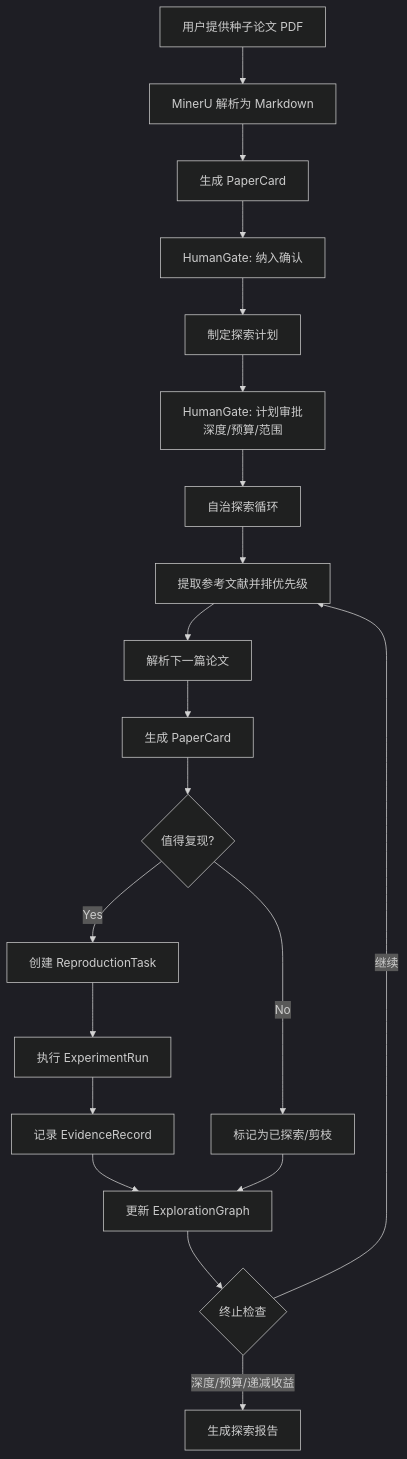
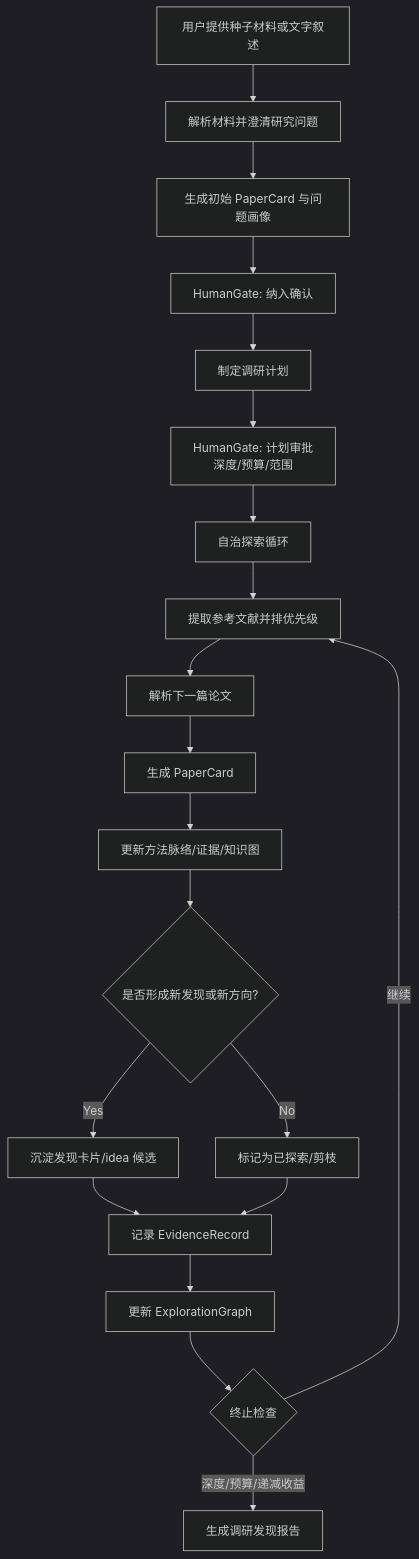
The first of 2 diagrams in docs/framework/v1-dual-mode-research-engine.md (Kozmosa/scholar-agent), drawn with Mermaid (dark theme) before and after one commit. The commit also changed other lines of this file and 22 other files, not shown here.

````diff
--- a/docs/framework/v1-dual-mode-research-engine.md
+++ b/docs/framework/v1-dual-mode-research-engine.md
@@ -83,22 +91,22 @@
 ```mermaid
 flowchart TD
-    A[用户提供种子论文 PDF] --> B[MinerU 解析为 Markdown]
-    B --> C[生成 PaperCard]
+    A[用户提供种子材料或文字叙述] --> B[解析材料并澄清研究问题]
+    B --> C[生成初始 PaperCard 与问题画像]
     C --> D[HumanGate: 纳入确认]
-    D --> E[制定探索计划]
+    D --> E[制定调研计划]
     E --> F[HumanGate: 计划审批<br/>深度/预算/范围]
     F --> G[自治探索循环]
     G --> G1[提取参考文献并排优先级]
     G1 --> G2[解析下一篇论文]
     G2 --> G3[生成 PaperCard]
-    G3 --> G4{值得复现?}
-    G4 -->|Yes| G5[创建 ReproductionTask]
-    G5 --> G6[执行 ExperimentRun]
-    G6 --> G7[记录 EvidenceRecord]
-    G4 -->|No| G8[标记为已探索/剪枝]
-    G7 --> G9[更新 ExplorationGraph]
-    G8 --> G9
+    G3 --> G4[更新方法脉络/证据/知识图]
+    G4 --> G5{是否形成新发现或新方向?}
+    G5 -->|Yes| G6[沉淀发现卡片/idea 候选]
+    G5 -->|No| G7[标记为已探索/剪枝]
+    G6 --> G8[记录 EvidenceRecord]
+    G7 --> G8
+    G8 --> G9[更新 ExplorationGraph]
     G9 --> G10{终止检查}
-    G10 -->|深度/预算/递减收益| H[生成探索报告]
+    G10 -->|深度/预算/递减收益| H[生成调研发现报告]
     G10 -->|继续| G1
 ```
````
